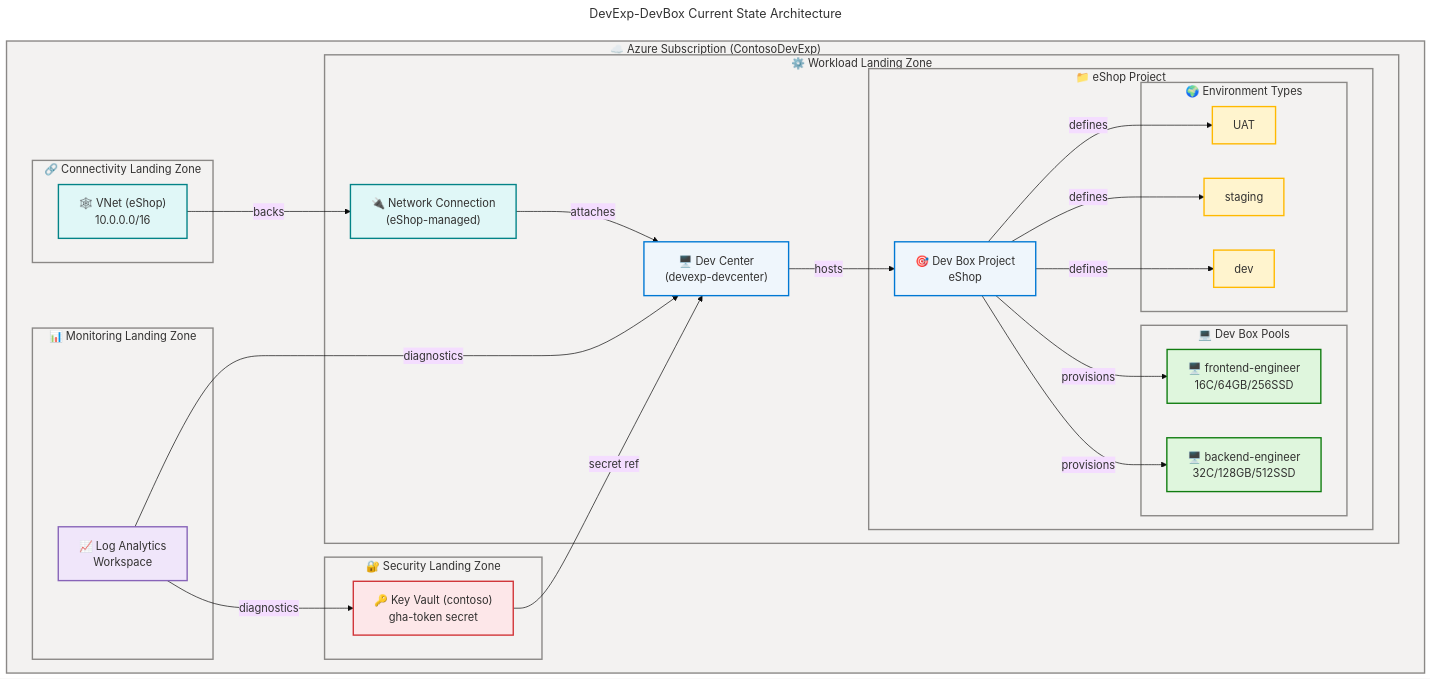
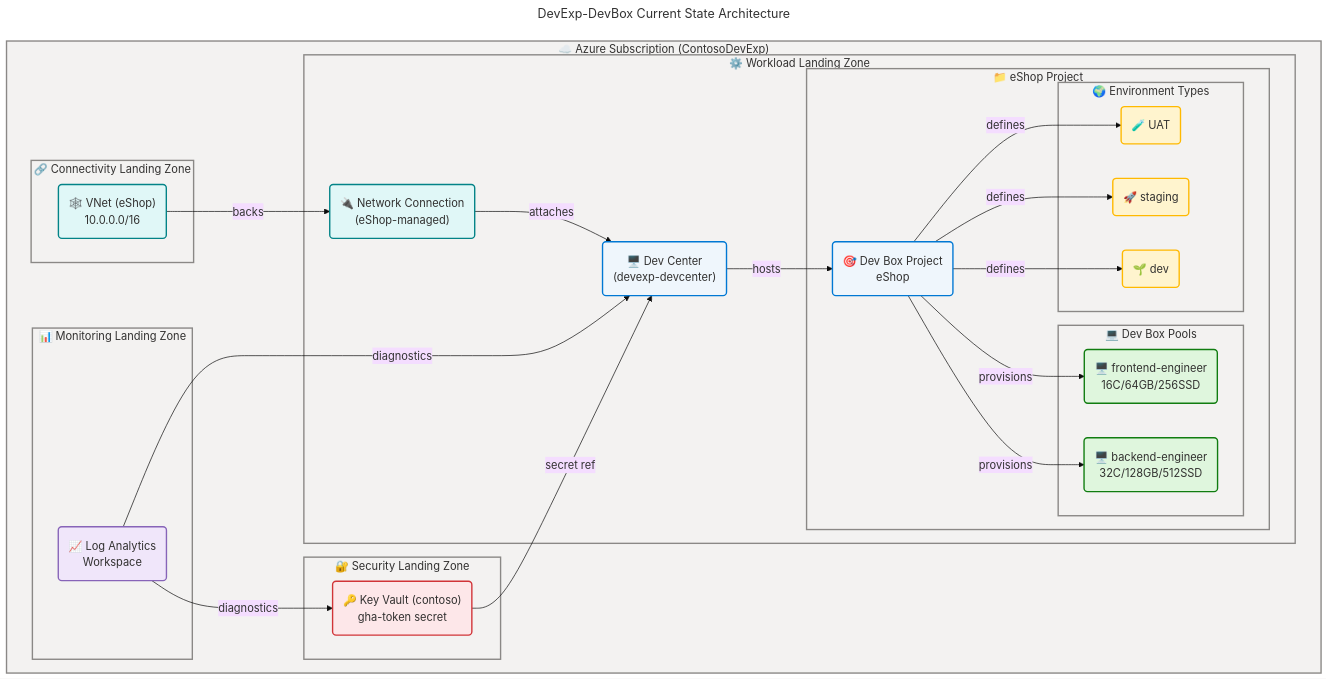
The second of 6 diagrams in docs/architecture/business-architecture.md (Evilazaro/DevExp-DevBox), drawn with Mermaid before and after one commit. The commit also changed other lines of this file, not shown here.

Commit message:
refactor: update flowchart syntax for improved readability in business architecture documentation

```diff
--- a/docs/architecture/business-architecture.md
+++ b/docs/architecture/business-architecture.md
@@ -359,33 +359,33 @@
 
     subgraph sub["☁️ Azure Subscription (ContosoDevExp)"]
         subgraph secRG["🔐 Security Landing Zone"]
-            kv["🔑 Key Vault (contoso)\ngha-token secret"]:::danger
+            kv("🔑 Key Vault (contoso)\ngha-token secret"):::danger
         end
 
         subgraph monRG["📊 Monitoring Landing Zone"]
-            law["📈 Log Analytics\nWorkspace"]:::data
+            law("📈 Log Analytics\nWorkspace"):::data
         end
 
         subgraph wrkRG["⚙️ Workload Landing Zone"]
-            dc["🖥️ Dev Center\n(devexp-devcenter)"]:::core
-            nc["🔌 Network Connection\n(eShop-managed)"]:::external
+            dc("🖥️ Dev Center\n(devexp-devcenter)"):::core
+            nc("🔌 Network Connection\n(eShop-managed)"):::external
 
             subgraph proj["📁 eShop Project"]
-                p1["🎯 Dev Box Project\neShop"]:::core
+                p1("🎯 Dev Box Project\neShop"):::core
                 subgraph pools["💻 Dev Box Pools"]
-                    be["🖥️ backend-engineer\n32C/128GB/512SSD"]:::success
-                    fe["🖥️ frontend-engineer\n16C/64GB/256SSD"]:::success
+                    be("🖥️ backend-engineer\n32C/128GB/512SSD"):::success
+                    fe("🖥️ frontend-engineer\n16C/64GB/256SSD"):::success
                 end
                 subgraph envt["🌍 Environment Types"]
-                    ev_dev["dev"]:::warning
-                    ev_stg["staging"]:::warning
-                    ev_uat["UAT"]:::warning
+                    ev_dev("🌱 dev"):::warning
+                    ev_stg("🚀 staging"):::warning
+                    ev_uat("🧪 UAT"):::warning
                 end
             end
         end
 
         subgraph connRG["🔗 Connectivity Landing Zone"]
-            vnet["🕸️ VNet (eShop)\n10.0.0.0/16"]:::external
+            vnet("🕸️ VNet (eShop)\n10.0.0.0/16"):::external
         end
     end
 
```
